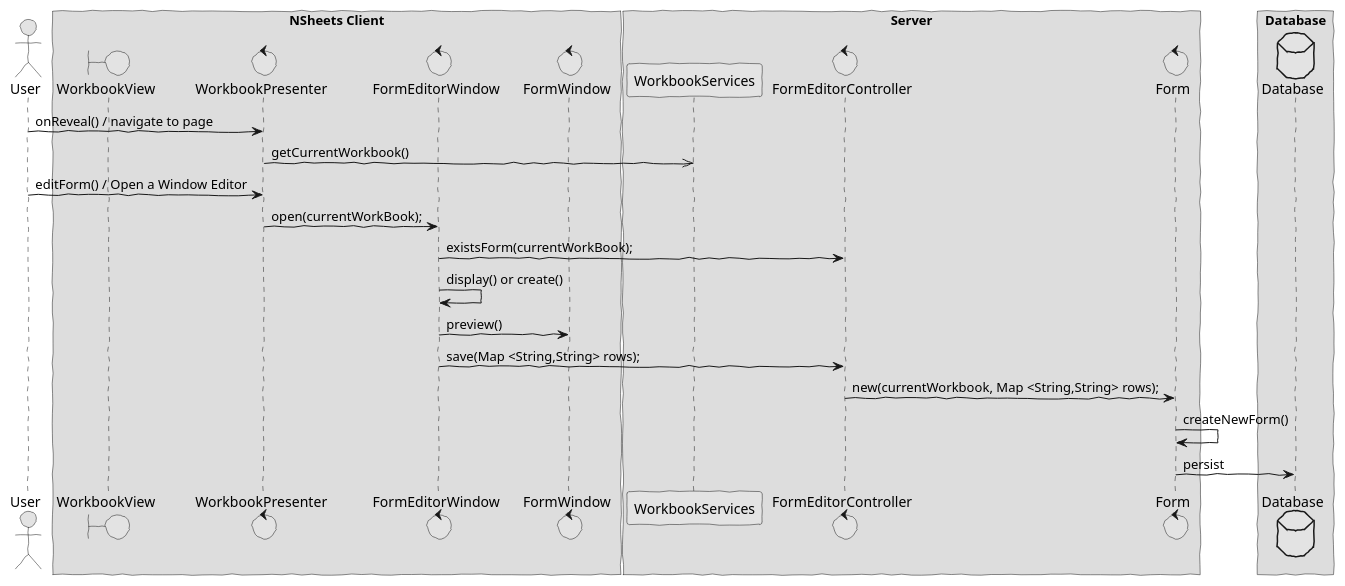
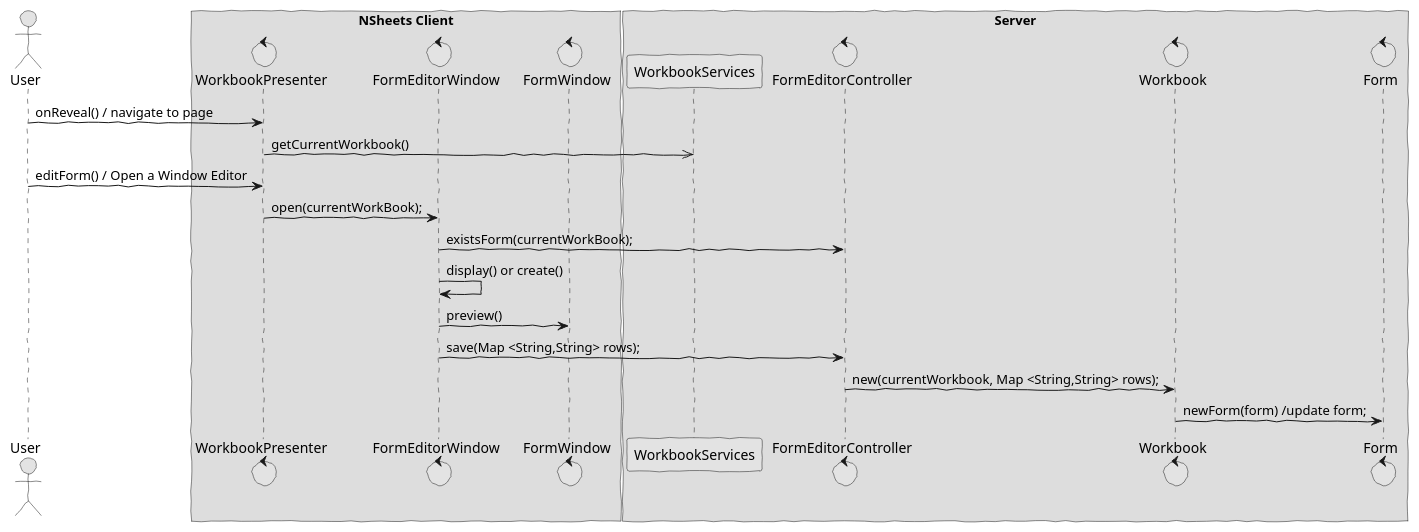
The diagram in docs/blue/s1150585/sp1/design1.puml (HugoFernandes2343/LAPR4_2017-2018), drawn with PlantUML before and after one commit. The commit also changed 12 other files, not shown here.

Commit message:
Lang 05.1 - Form Editor - Final adjustments of documentation

```diff
--- a/docs/blue/s1150585/sp1/design1.puml
+++ b/docs/blue/s1150585/sp1/design1.puml
@@ -1,46 +1,42 @@
 @startuml  design1.png
 skinparam handwritten true
 skinparam monochrome true
 skinparam packageStyle rect
 skinparam defaultFontName FG Virgil
 skinparam shadowing false
 
 actor User
-boundary WorkbookView
 control WorkbookPresenter
 control FormEditorWindow
 control FormWindow
 control Form
 control FormEditorController
-database Database
+control Workbook
 
 box "NSheets Client"
-participant WorkbookView
 participant WorkbookPresenter
 participant FormEditorWindow
 participant FormWindow
 end box
 
 box "Server"
 participant WorkbookServices
 participant FormEditorController
+participant Workbook
 participant Form
 end box
 
-box "Database"
-participant Database
-end box
+
 
 User -> WorkbookPresenter : onReveal() / navigate to page
 WorkbookPresenter ->> WorkbookServices : getCurrentWorkbook()
 User -> WorkbookPresenter : editForm() / Open a Window Editor
 WorkbookPresenter -> FormEditorWindow : open(currentWorkBook);
 FormEditorWindow -> FormEditorController : existsForm(currentWorkBook);
 FormEditorWindow -> FormEditorWindow : display() or create()
 FormEditorWindow -> FormWindow : preview()
 FormEditorWindow -> FormEditorController : save(Map <String,String> rows);
-FormEditorController -> Form : new(currentWorkbook, Map <String,String> rows);
-Form -> Form : createNewForm()
-Form -> Database : persist
+FormEditorController -> Workbook : new(currentWorkbook, Map <String,String> rows);
+Workbook -> Form : newForm(form) /update form;
 
 @enduml
```
